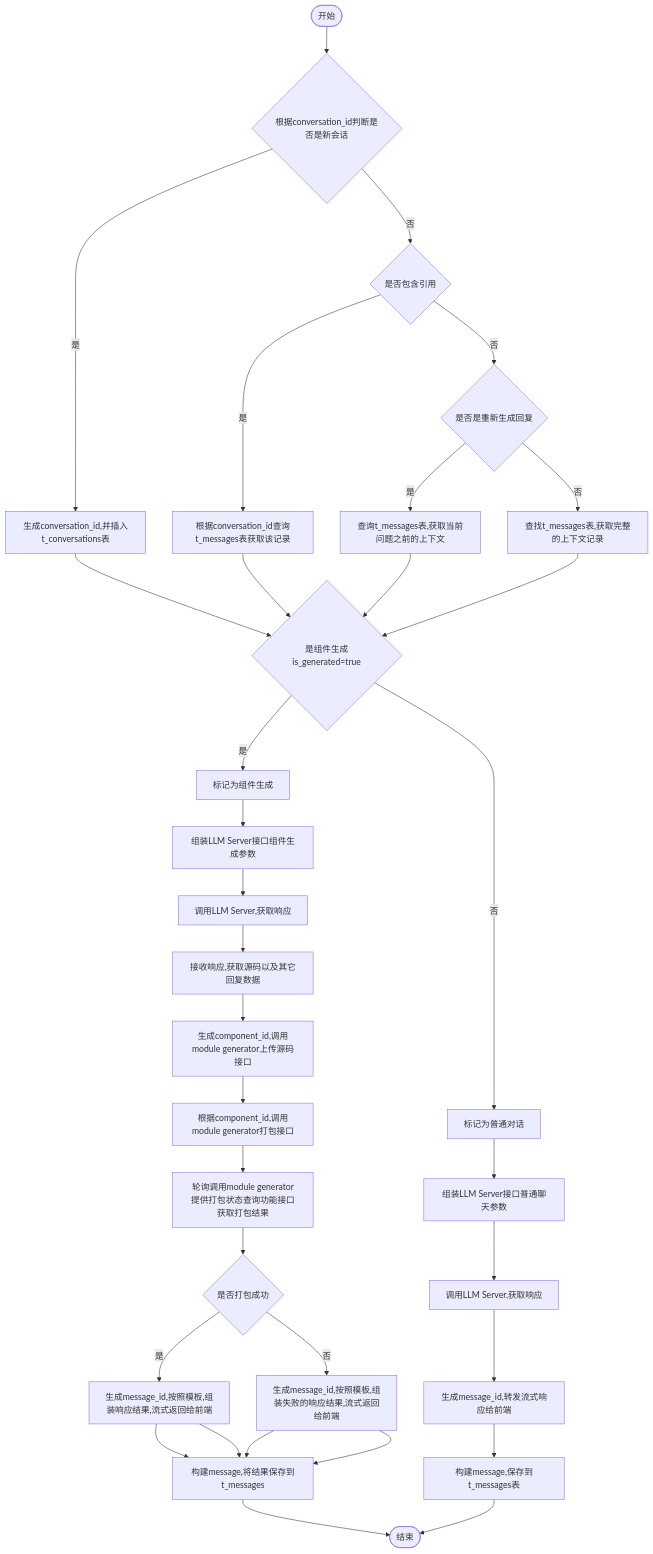
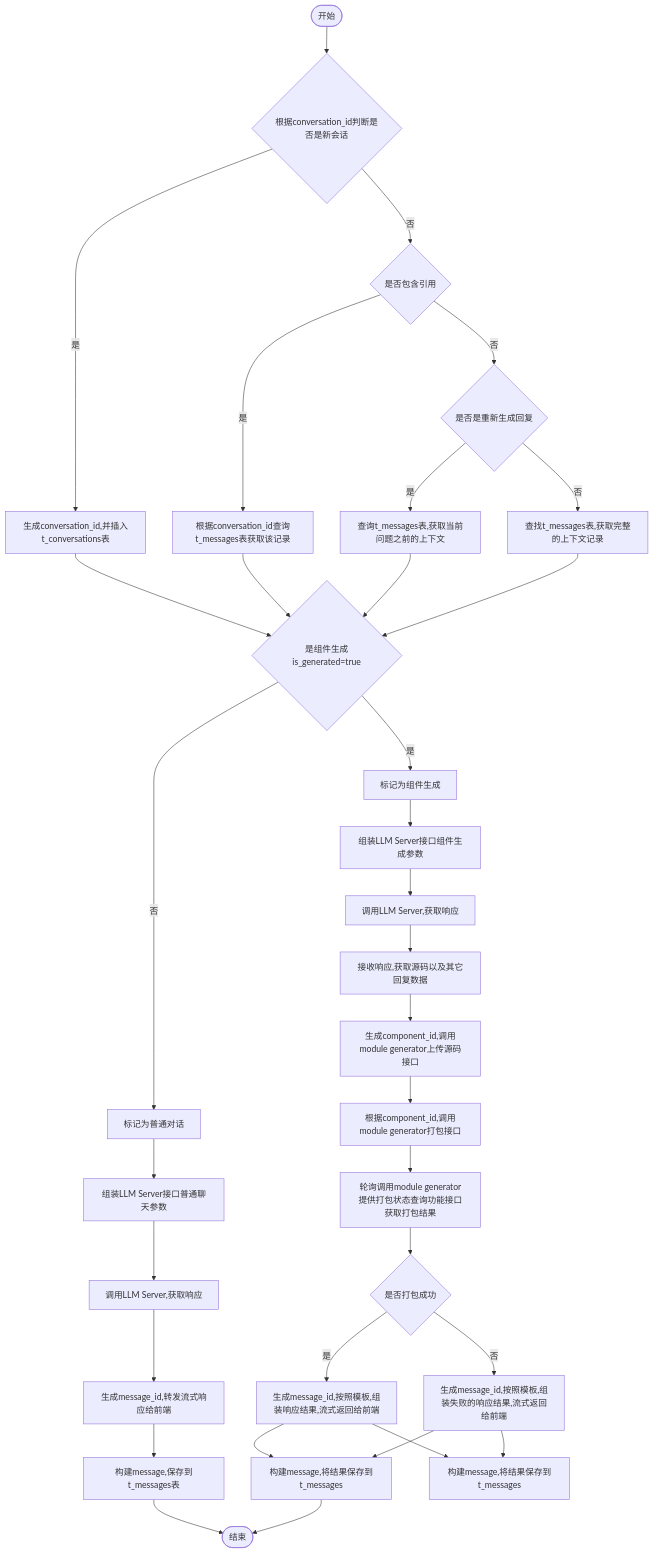
The diagram in all/v0.1.0会话.md (yingjianzh/iodraw-files), drawn with Mermaid before and after one commit.

Commit message:
2024-10-12 17:19:54 update

````diff
--- a/all/v0.1.0会话.md
+++ b/all/v0.1.0会话.md
@@ -1,35 +1,35 @@
 ```mermaid
 flowchart TD
     A([开始]) --> B{根据conversation_id判断是否是新会话}
     B -- 是 --> C[生成conversation_id,并插入t_conversations表]
     B -- 否 --> D{是否包含引用}
     D -- 是 --> E[根据conversation_id查询t_messages表获取该记录]
     D -- 否 --> F{是否是重新生成回复}
     F -- 是 --> G[查询t_messages表,获取当前问题之前的上下文]
     F -- 否 --> H[查找t_messages表,获取完整的上下文记录]
      
     C & E & G & H --> I{是组件生成is_generated=true}
     I -- 是 --> J[标记为组件生成]
     I -- 否 --> K[标记为普通对话]
 
     J --> L[组装LLM Server接口组件生成参数]    
     K --> M[组装LLM Server接口普通聊天参数]    
     M --> N[调用LLM Server,获取响应]    
     N --> O[生成message_id,转发流式响应给前端]
     O --> P[构建message,保存到t_messages表]
     P --> R([结束])
 
 
     L --> S[调用LLM Server,获取响应]
     S --> T[接收响应,获取源码以及其它回复数据]
     T --> U[生成component_id,调用module generator上传源码接口]
     U --> V[根据component_id,调用module generator打包接口]
     V --> W[轮询调用module generator提供打包状态查询功能接口获取打包结果]
     W --> X{是否打包成功}
     X -- 是 --> Y[生成message_id,按照模板,组装响应结果,流式返回给前端]
     X -- 否 --> Z[生成message_id,按照模板,组装失败的响应结果,流式返回给前端]
 
     Y & Z --> Result[构建message,将结果保存到t_messages]
-    Y & Z --> Result[构建message,将结果保存到t_messages]
+    Y & Z --> Result2[构建message,将结果保存到t_messages]
     Result --> R
 ```
````
